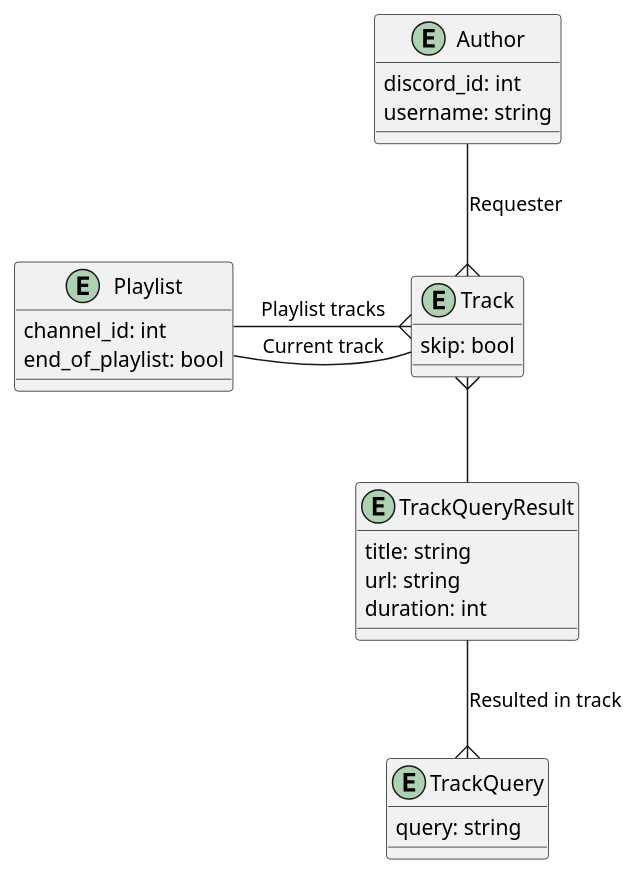
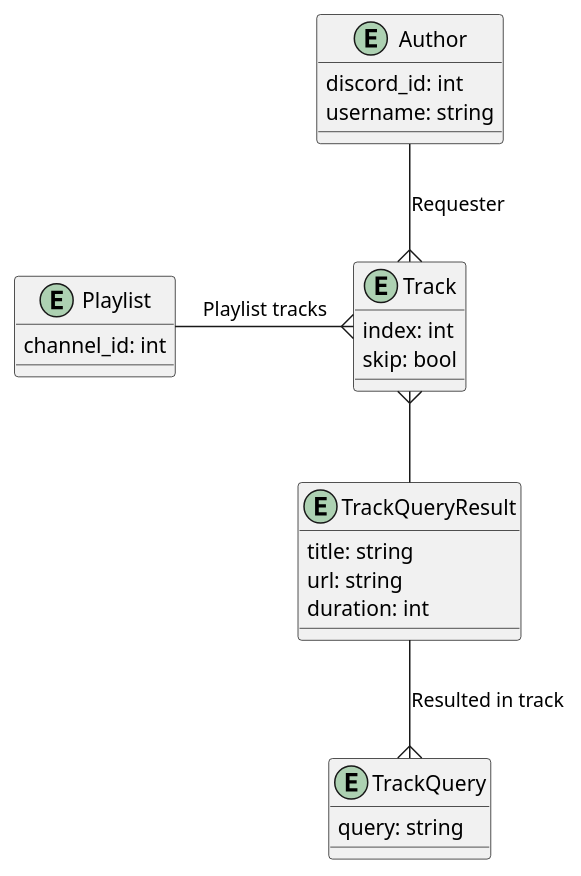
The diagram in documents/db-model.md (joelwachsler/joovy), drawn with PlantUML before and after one commit. The commit also changed 9 other files, not shown here.

````diff
--- a/documents/db-model.md
+++ b/documents/db-model.md
@@ -1,32 +1,31 @@
 ```plantuml
 entity Author {
   discord_id: int
   username: string
 }
 
 entity Playlist {
   channel_id: int
-  end_of_playlist: bool
 }
 
 entity Track {
+  index: int
   skip: bool
 }
 
 entity TrackQuery {
   query: string
 }
 
 entity TrackQueryResult {
   title: string
   url: string
   duration: int
 }
 
 Author --{ Track: Requester
 Playlist -{ Track: Playlist tracks
-Playlist -- Track: Current track
 Track }-- TrackQueryResult
 TrackQueryResult --{ TrackQuery: Resulted in track
 
 ```
````
